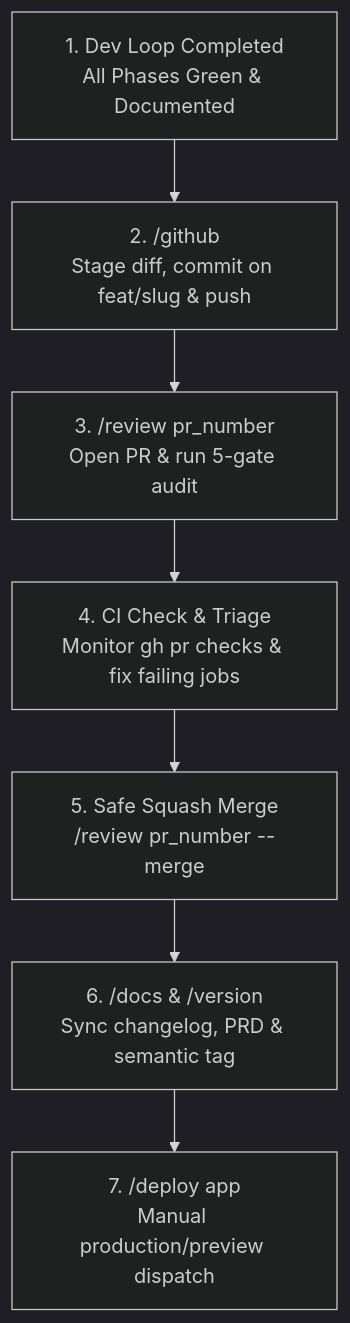
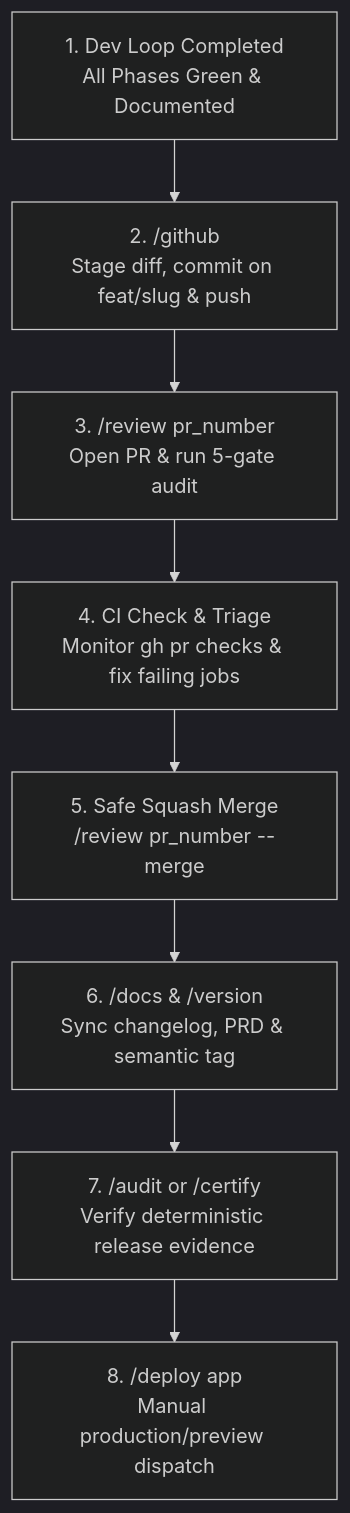
One commit to iDorgham/Gateflow changed the diagram in docs/development/guidelines/PHASED_DEVELOPMENT_WORKFLOW.md. Above: the diagram before and after it, drawn with Mermaid (dark theme). The commit also changed other lines of this file and 12 other files, not shown here.

````diff
--- a/docs/development/guidelines/PHASED_DEVELOPMENT_WORKFLOW.md
+++ b/docs/development/guidelines/PHASED_DEVELOPMENT_WORKFLOW.md
@@ -41,9 +41,10 @@
 ```mermaid
 graph TD
     DEV[1. Dev Loop Completed<br/>All Phases Green & Documented] --> GH[2. /github<br/>Stage diff, commit on feat/slug & push]
     GH --> REV[3. /review pr_number<br/>Open PR & run 5-gate audit]
     REV --> CI[4. CI Check & Triage<br/>Monitor gh pr checks & fix failing jobs]
     CI --> MERGE[5. Safe Squash Merge<br/>/review pr_number --merge]
     MERGE --> DOCS[6. /docs & /version<br/>Sync changelog, PRD & semantic tag]
-    DOCS --> DEPLOY[7. /deploy app<br/>Manual production/preview dispatch]
+    DOCS --> AUDIT[7. /audit or /certify<br/>Verify deterministic release evidence]
+    AUDIT --> DEPLOY[8. /deploy app<br/>Manual production/preview dispatch]
 ```
````
